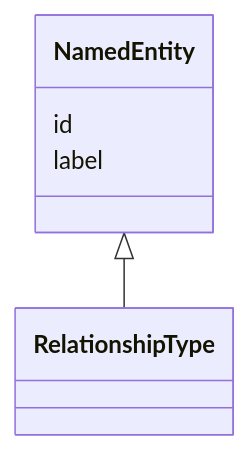
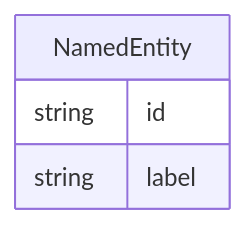
The diagram in docs/halo/NamedEntity.md (monarch-initiative/ontogpt), drawn with Mermaid before and after one commit. The commit also changed 187 other files, not shown here.

````diff
--- a/docs/halo/NamedEntity.md
+++ b/docs/halo/NamedEntity.md
@@ -10,9 +10,10 @@
 ```mermaid
- classDiagram
-    class NamedEntity
-      NamedEntity <|-- RelationshipType
-      
-      NamedEntity : id
-      NamedEntity : label
-      
+erDiagram
+NamedEntity {
+    string id  
+    string label  
+}
+
+
+
 ```
````
